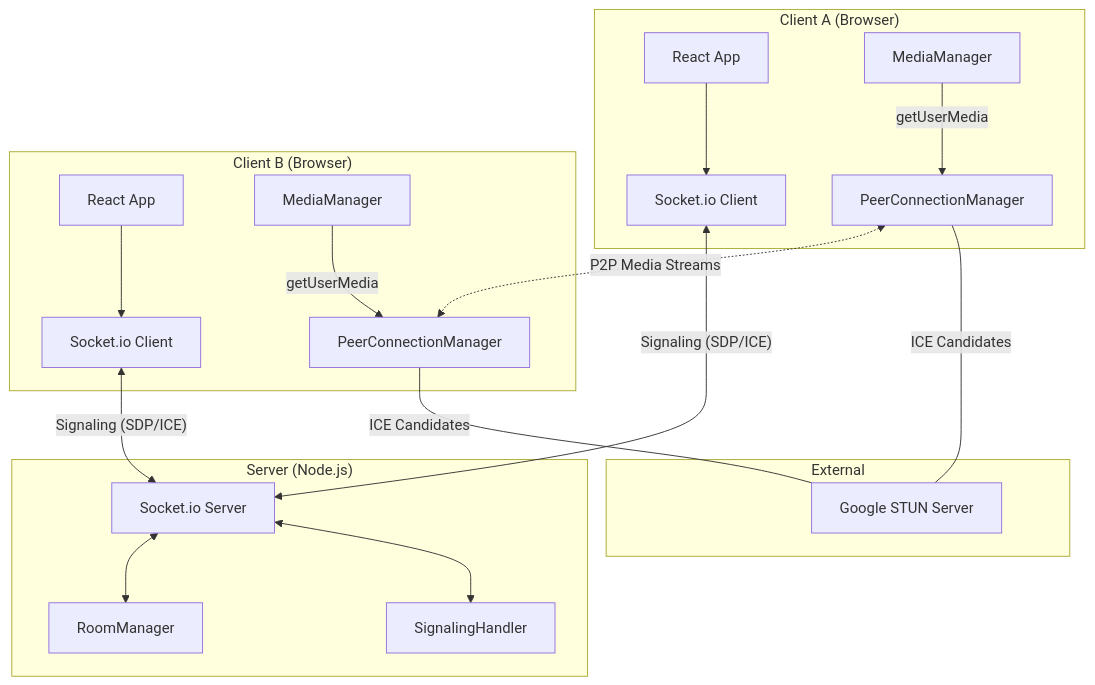
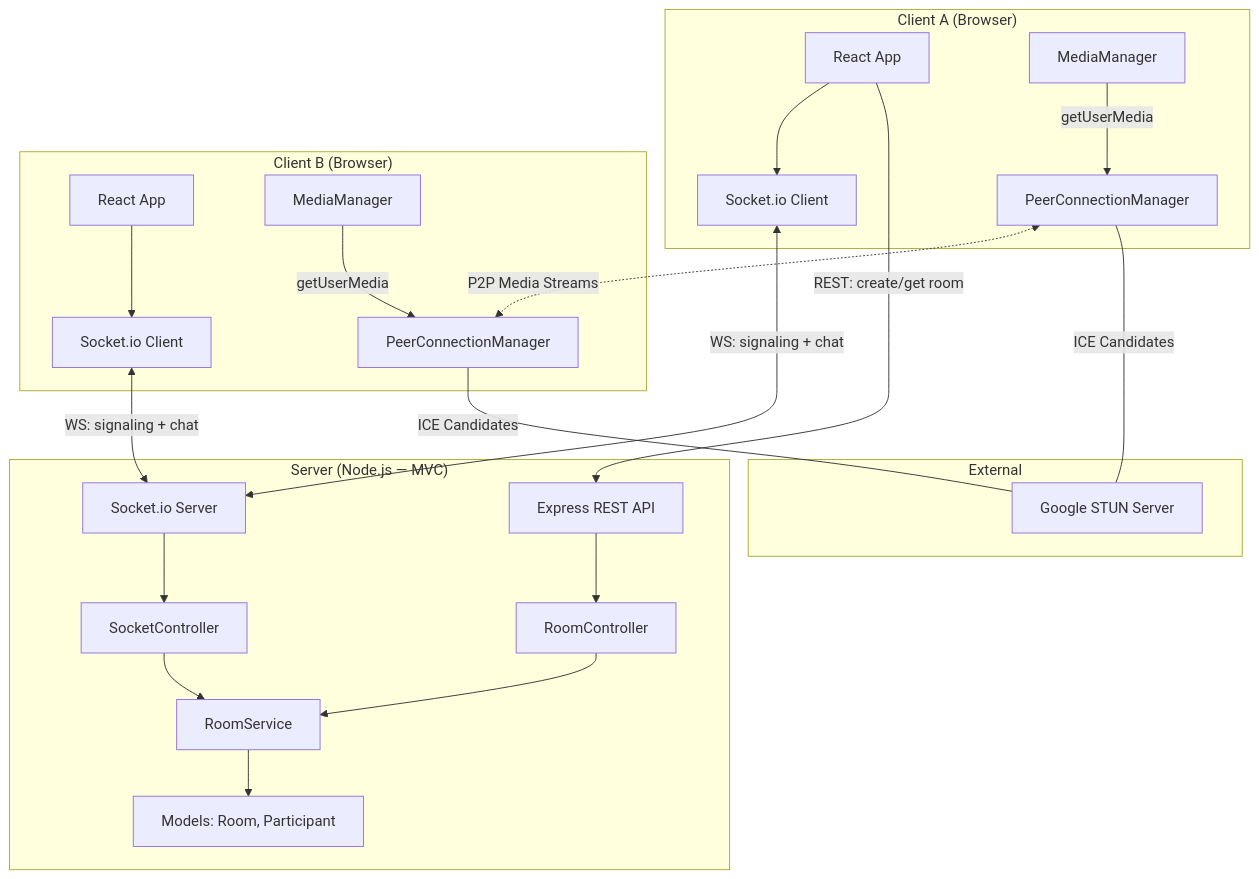
One commit to KulikNikita98/forasoft-test changed the first of 2 diagrams in prds/video-chat-room/design-video-chat-room.md. Above: the diagram before and after it, drawn with Mermaid. The commit also changed other lines of this file, not shown here.

First line of the commit message:
docs: fully sync TDD with MVC implementation

````diff
--- a/prds/video-chat-room/design-video-chat-room.md
+++ b/prds/video-chat-room/design-video-chat-room.md
@@ -70,41 +70,48 @@
 ```mermaid
 graph TB
     subgraph "Client A (Browser)"
         CA[React App]
         MCA[MediaManager]
         PCA[PeerConnectionManager]
         SCA[Socket.io Client]
     end
     
     subgraph "Client B (Browser)"
         CB[React App]
         MCB[MediaManager]
         PCB[PeerConnectionManager]
         SCB[Socket.io Client]
     end
     
-    subgraph "Server (Node.js)"
+    subgraph "Server (Node.js — MVC)"
+        EXP[Express REST API]
         SS[Socket.io Server]
-        RM[RoomManager]
-        SH[SignalingHandler]
+        RC[RoomController]
+        SC[SocketController]
+        RSV[RoomService]
+        MDL[Models: Room, Participant]
     end
     
     subgraph "External"
         STUN[Google STUN Server]
     end
     
     CA --> SCA
-    SCA <-->|"Signaling (SDP/ICE)"| SS
-    SS <--> RM
-    SS <--> SH
+    CA -->|"REST: create/get room"| EXP
+    EXP --> RC
+    RC --> RSV
+    SCA <-->|"WS: signaling + chat"| SS
+    SS --> SC
+    SC --> RSV
+    RSV --> MDL
     
     CB --> SCB
-    SCB <-->|"Signaling (SDP/ICE)"| SS
+    SCB <-->|"WS: signaling + chat"| SS
     
     PCA <-.->|"P2P Media Streams"| PCB
     PCA ---|"ICE Candidates"| STUN
     PCB ---|"ICE Candidates"| STUN
     
     MCA -->|"getUserMedia"| PCA
     MCB -->|"getUserMedia"| PCB
 ```
````
